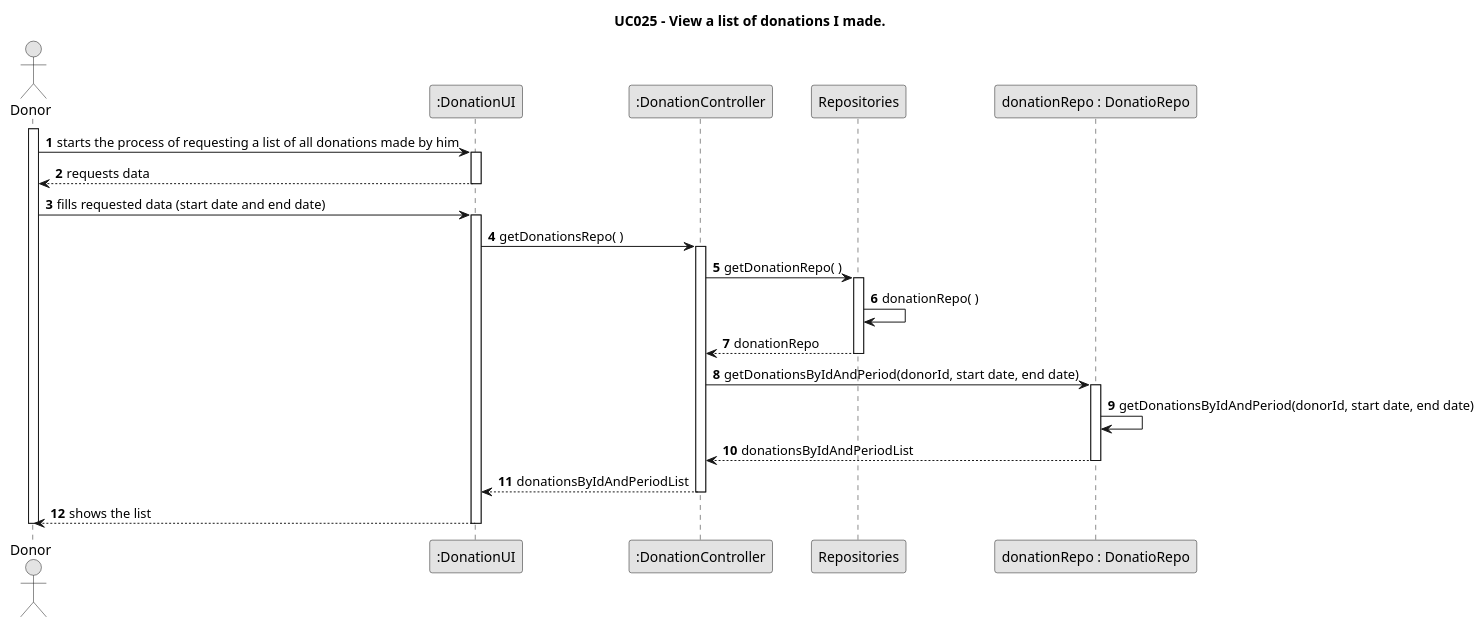
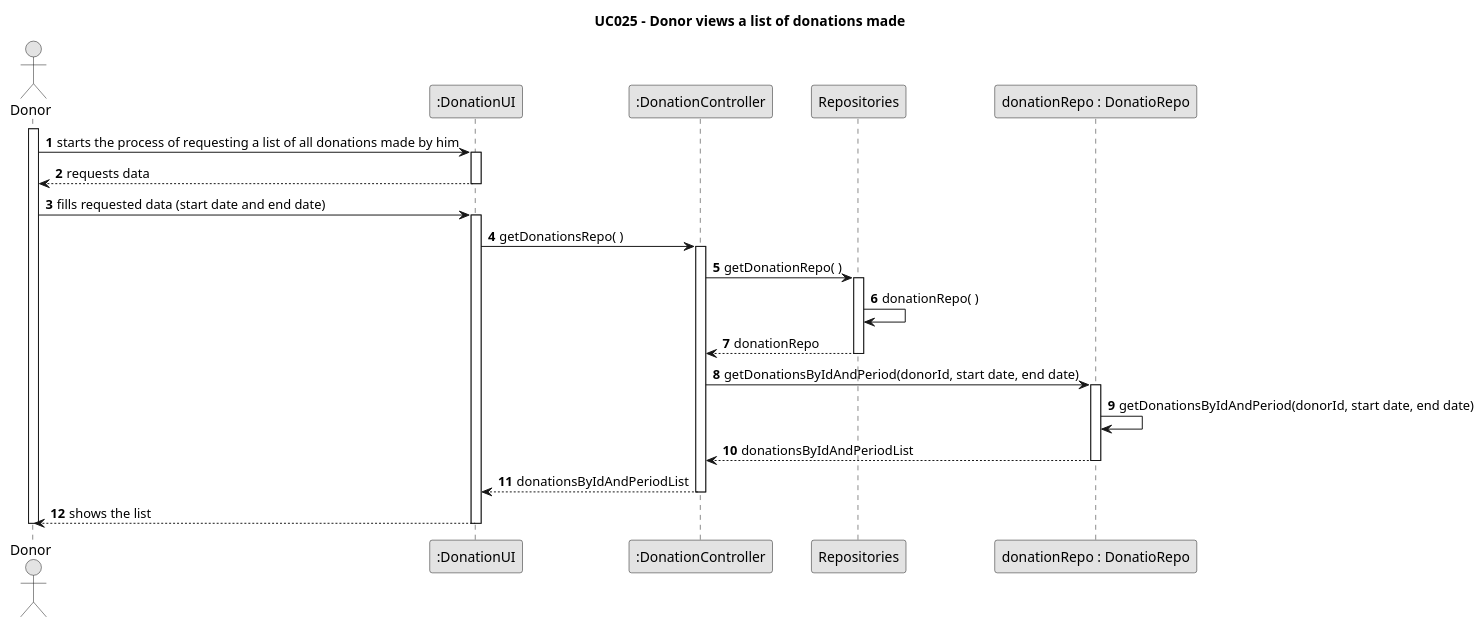
The diagram in javaSprint2GladlyGiven/Docs/UseCases/uc025/design/uc025-DesignDiagram.puml (tbarracha/Upskill-Sprint-2-Gladly-Given), drawn with PlantUML before and after one commit. The commit also changed 30 other files, not shown here.

```diff
--- a/javaSprint2GladlyGiven/Docs/UseCases/uc025/design/uc025-DesignDiagram.puml
+++ b/javaSprint2GladlyGiven/Docs/UseCases/uc025/design/uc025-DesignDiagram.puml
@@ -1,41 +1,41 @@
 @startuml
 skinparam monochrome true
 skinparam packageStyle rectangle
 skinparam shadowing false
 
-title UC025 - View a list of donations I made.
+title UC025 - Donor views a list of donations made
 
 autonumber
 
 actor Donor as donor
 participant ":DonationUI" as ui
 participant ":DonationController" as ctrl
 participant Repositories as repo
 participant "donationRepo : DonatioRepo" as donationRepo
 
 activate donor
     donor -> ui : starts the process of requesting a list of all donations made by him
     activate ui
         ui --> donor : requests data
     deactivate ui
     donor -> ui : fills requested data (start date and end date)
     activate ui
         ui -> ctrl : getDonationsRepo( )
         activate ctrl
             ctrl -> repo : getDonationRepo( )
             activate repo
                 repo -> repo : donationRepo( )
                 repo --> ctrl : donationRepo
             deactivate repo
             ctrl -> donationRepo : getDonationsByIdAndPeriod(donorId, start date, end date)
             activate donationRepo
                 donationRepo -> donationRepo : getDonationsByIdAndPeriod(donorId, start date, end date)
                 donationRepo --> ctrl : donationsByIdAndPeriodList
             deactivate donationRepo
             ctrl --> ui : donationsByIdAndPeriodList
         deactivate ctrl
         ui --> donor : shows the list
     deactivate ui
 deactivate donor
 
 @enduml
```
